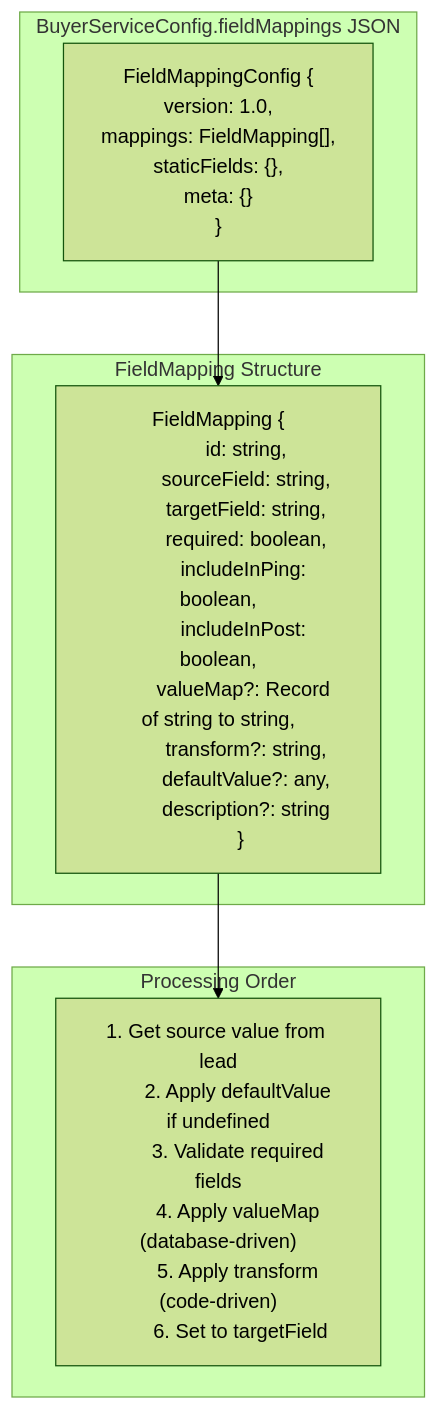
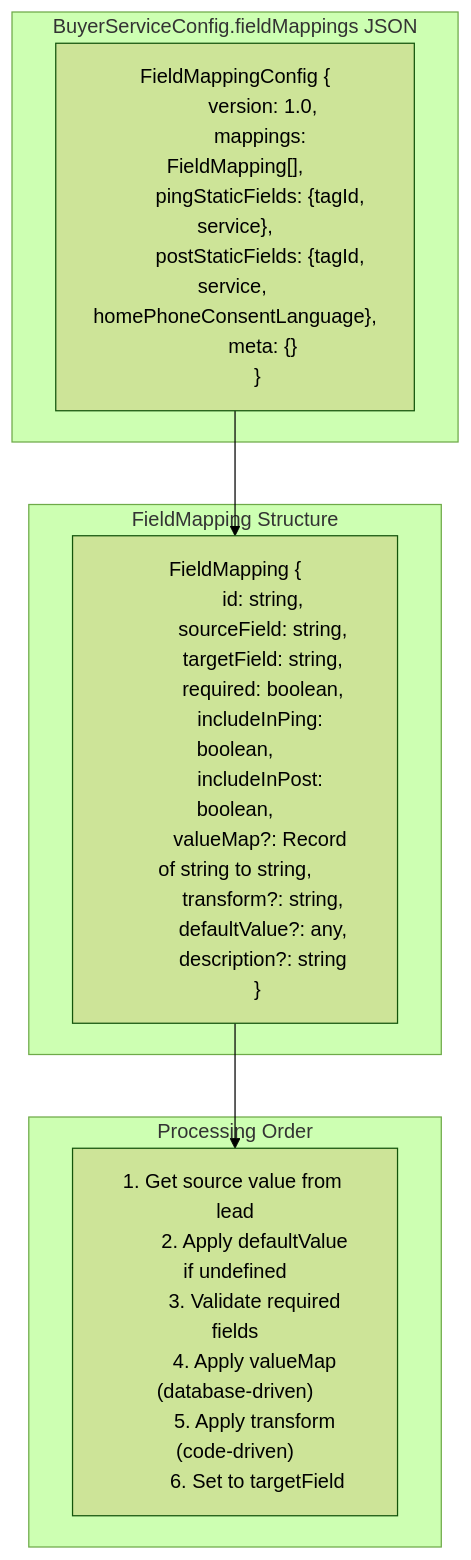
The fifth of 5 diagrams in docs/lead-system-flow.md (gabe-almeida/next-js-my-contractor-now), drawn with Mermaid (forest theme) before and after one commit. The commit also changed 3 other files, not shown here.

First line of the commit message:
Fix field mappings: separate PING/POST static fields, correct TCPA text

````diff
--- a/docs/lead-system-flow.md
+++ b/docs/lead-system-flow.md
@@ -213,37 +213,38 @@
 ```mermaid
 flowchart TB
     subgraph "BuyerServiceConfig.fieldMappings JSON"
         FMC["FieldMappingConfig {
           version: 1.0,
           mappings: FieldMapping[],
-          staticFields: {},
+          pingStaticFields: {tagId, service},
+          postStaticFields: {tagId, service, homePhoneConsentLanguage},
           meta: {}
         }"]
     end
 
     subgraph "FieldMapping Structure"
         FM["FieldMapping {
           id: string,
           sourceField: string,
           targetField: string,
           required: boolean,
           includeInPing: boolean,
           includeInPost: boolean,
           valueMap?: Record of string to string,
           transform?: string,
           defaultValue?: any,
           description?: string
         }"]
     end
 
     subgraph "Processing Order"
         PO["1. Get source value from lead
         2. Apply defaultValue if undefined
         3. Validate required fields
         4. Apply valueMap (database-driven)
         5. Apply transform (code-driven)
         6. Set to targetField"]
     end
 
     FMC --> FM --> PO
 ```
````
